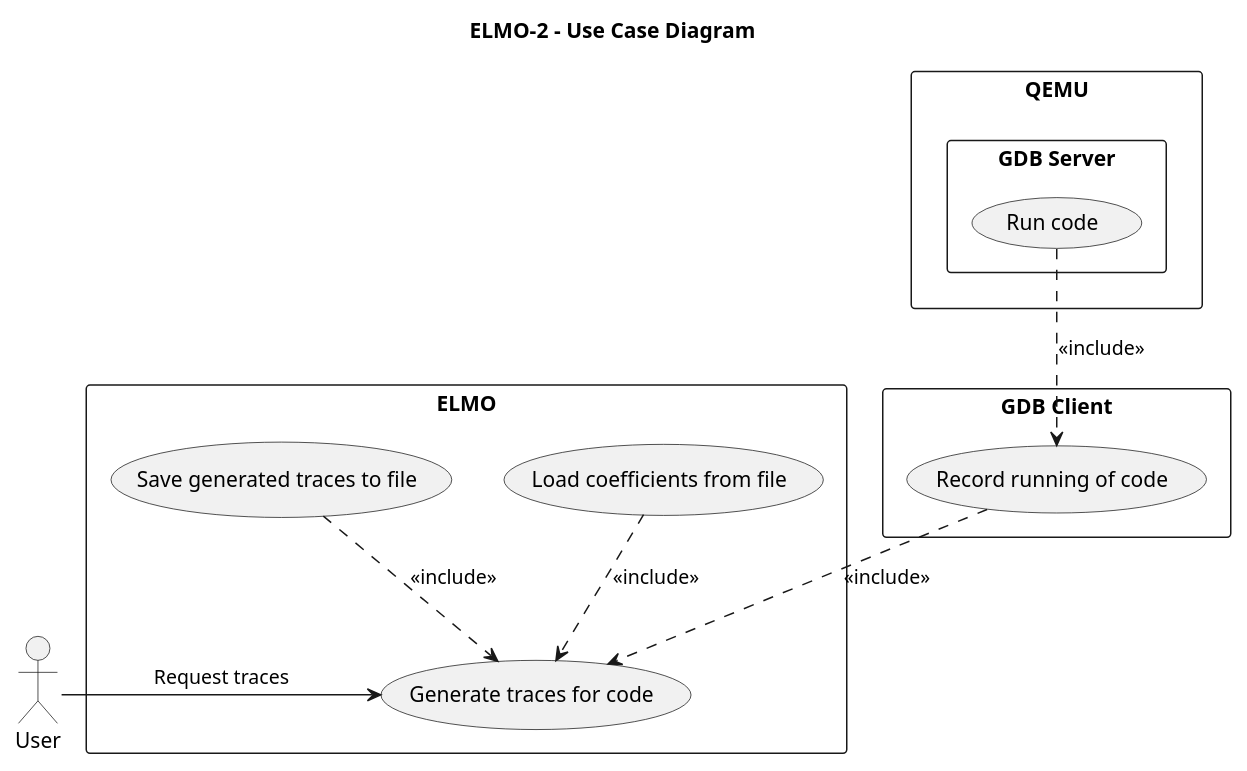
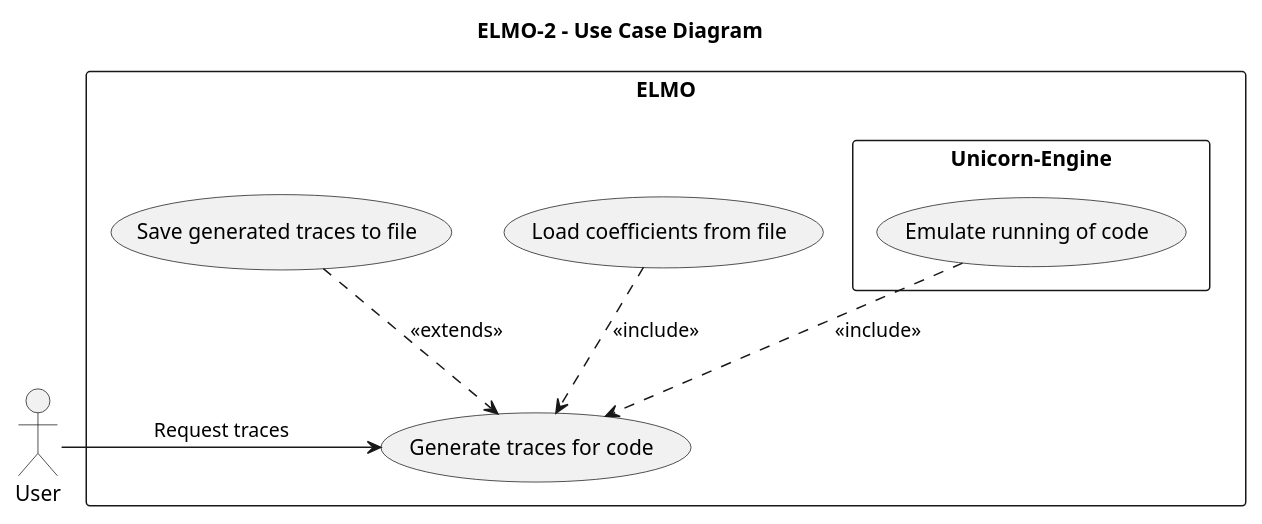
Before and after one commit to sca-research/GILES: the diagram in uml/UseCase.plantuml, drawn with PlantUML. The commit also changed 2 other files, not shown here.

Commit message:
Edited UML diagrams to reflect switching from QEMU to Unicorn. (http://www.unicorn-engine.org)
Also made assorted minor adjustments to the diagrams.

```diff
--- a/uml/UseCase.plantuml
+++ b/uml/UseCase.plantuml
@@ -1,31 +1,22 @@
 @startuml
 
 title ELMO-2 - Use Case Diagram
 
 
 rectangle ELMO {
     (Generate traces for code) as Generate
     (Load coefficients from file) as Load
     (Save generated traces to file) as Save
-}
-
-rectangle QEMU {
-rectangle "GDB Server" {
-    (Run code)
+    rectangle Unicorn-Engine {
+        (Emulate running of code) as Emulate
     }
-}
-
-rectangle "GDB Client" {
-
-    (Record running of code) as Record
 }
 
 :User:
 
 User -> Generate : Request traces
-(Run code) ..> Record : <<include>>
-Record ..> Generate : <<include>>
+Emulate ..> Generate : <<include>>
 Load ..> Generate : <<include>>
-Save ..> Generate : <<include>>
+Save ..> Generate : <<extends>>
 
 @enduml
```
